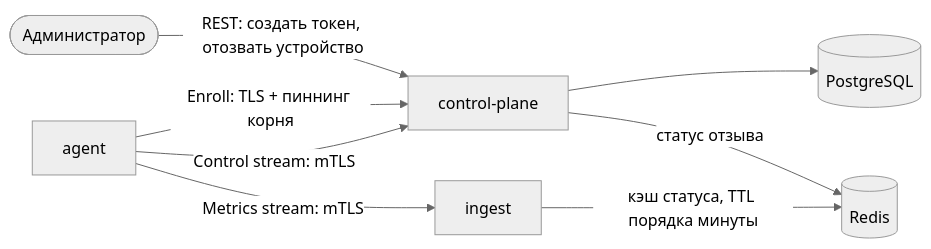
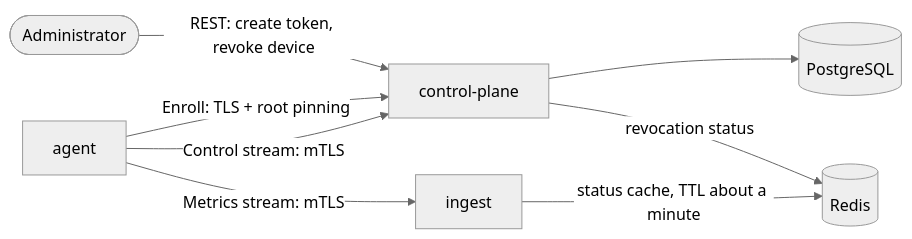
Before and after one commit to GrandAdmiralBee/fleetwatch: the second of 5 diagrams in docs/src/architecture/02-agent-identity.md, drawn with Mermaid (neutral theme). The commit also changed other lines of this file and 2 other files, not shown here.

````diff
--- a/docs/src/architecture/02-agent-identity.md
+++ b/docs/src/architecture/02-agent-identity.md
@@ -76,17 +76,17 @@
 ```mermaid
 flowchart LR
-    admin(["Администратор"])
+    admin(["Administrator"])
     agent["agent"]
     cp["control-plane"]
     ingest["ingest"]
     pg[("PostgreSQL")]
     redis[("Redis")]
 
-    admin -->|"REST: создать токен, отозвать устройство"| cp
-    agent -->|"Enroll: TLS + пиннинг корня"| cp
+    admin -->|"REST: create token, revoke device"| cp
+    agent -->|"Enroll: TLS + root pinning"| cp
     agent -->|"Control stream: mTLS"| cp
     agent -->|"Metrics stream: mTLS"| ingest
     cp --> pg
-    cp -->|"статус отзыва"| redis
-    ingest -->|"кэш статуса, TTL порядка минуты"| redis
+    cp -->|"revocation status"| redis
+    ingest -->|"status cache, TTL about a minute"| redis
 ```
````
